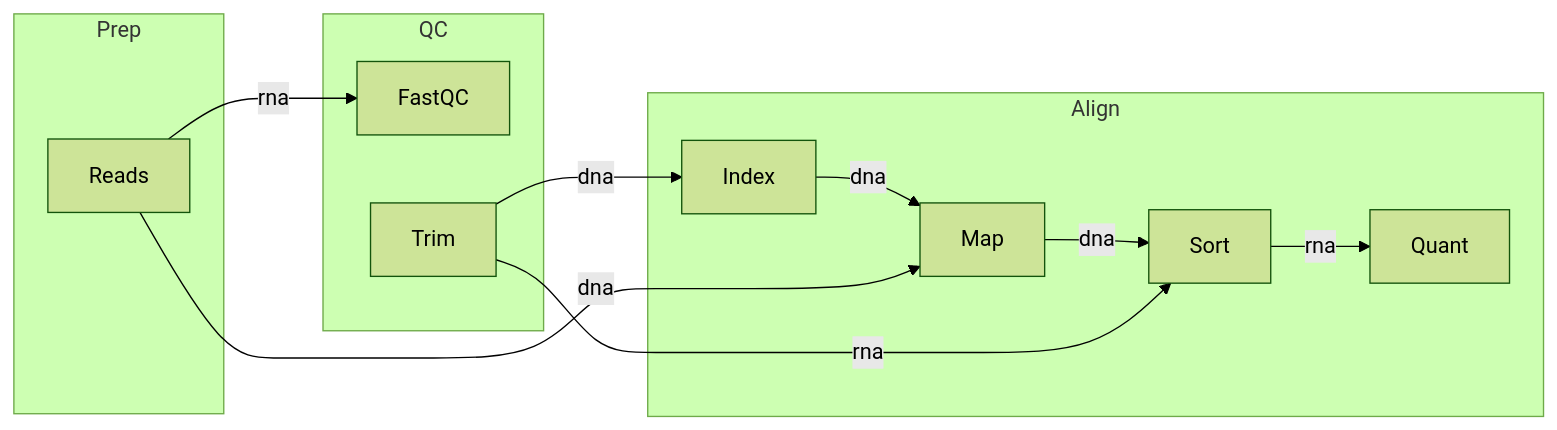
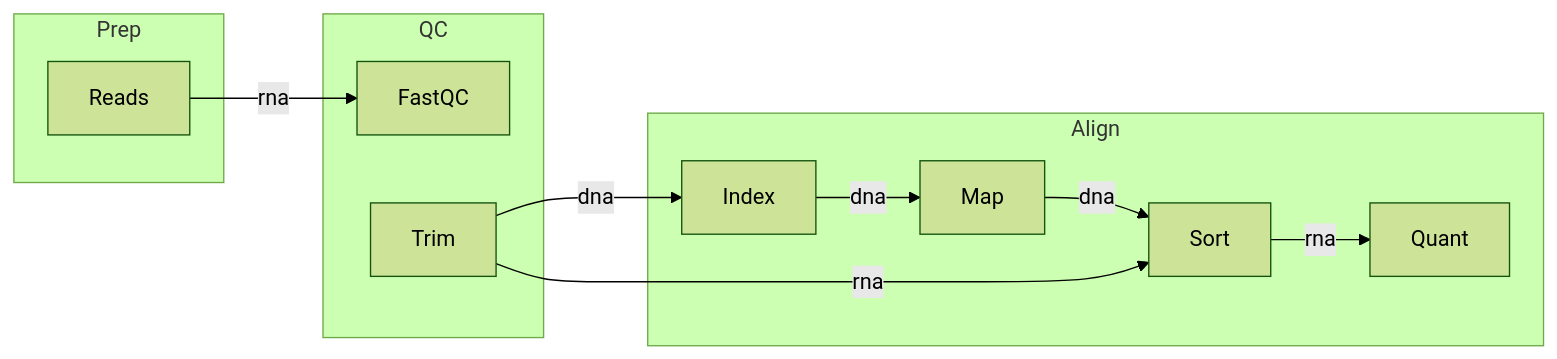
Before and after one commit to seqeralabs/nf-metro: the diagram in examples/topologies/bt_entry_bypass_steps_off_at_port.mmd, drawn with Mermaid (forest theme). The commit also changed 9 other files, not shown here.

```diff
--- a/examples/topologies/bt_entry_bypass_steps_off_at_port.mmd
+++ b/examples/topologies/bt_entry_bypass_steps_off_at_port.mmd
@@ -1,27 +1,26 @@
 %%metro title: BT Entry Bypass Steps Off At Port
 %%metro line: dna | DNA | #e6194b
 %%metro line: rna | RNA | #911eb4
 
 graph LR
     subgraph prep [Prep]
         reads[Reads]
     end
     subgraph qc [QC]
         %%metro direction: TB
         fastqc[FastQC]
         trim[Trim]
     end
     subgraph align [Align]
         %%metro direction: BT
         index[Index]
         map[Map]
         sort[Sort]
         quant[Quant]
         index -->|dna| map
         map -->|dna| sort
         sort -->|rna| quant
     end
     reads -->|rna| fastqc
-    reads -->|dna| map
     trim -->|dna| index
     trim -->|rna| sort
```
